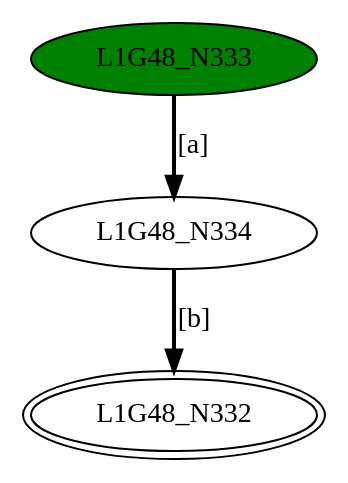
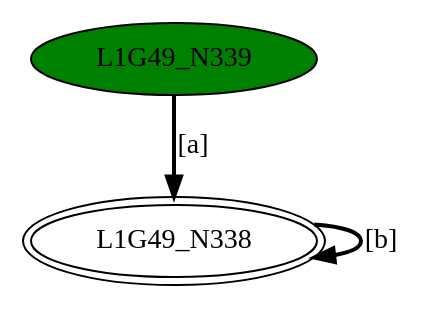
Before and after one commit to GDimitroulakos/EDUFLEX: the diagram in DFASimulator/Testbench/minimizedDFA1.dot, drawn with Graphviz. The commit also changed 56 other files, not shown here.

Commit message:
Thompson Reporting graphs have been enchanced with closure color indication

```diff
--- a/DFASimulator/Testbench/minimizedDFA1.dot
+++ b/DFASimulator/Testbench/minimizedDFA1.dot
@@ -1,7 +1,6 @@
-digraph G48{
-"L1G48_N332" [peripheries=2];
-"L1G48_N333" [style=filled,fillcolor=green];
-"L1G48_N334";
-"L1G48_N333"->"L1G48_N334" [style = bold, label = "[a]"];
-"L1G48_N334"->"L1G48_N332" [style = bold, label = "[b]"];
+digraph G49{
+"L1G49_N338" [peripheries=2];
+"L1G49_N339" [style=filled,fillcolor=green];
+"L1G49_N338"->"L1G49_N338" [style = bold, label = "[b]"];
+"L1G49_N339"->"L1G49_N338" [style = bold, label = "[a]"];
 }
```
